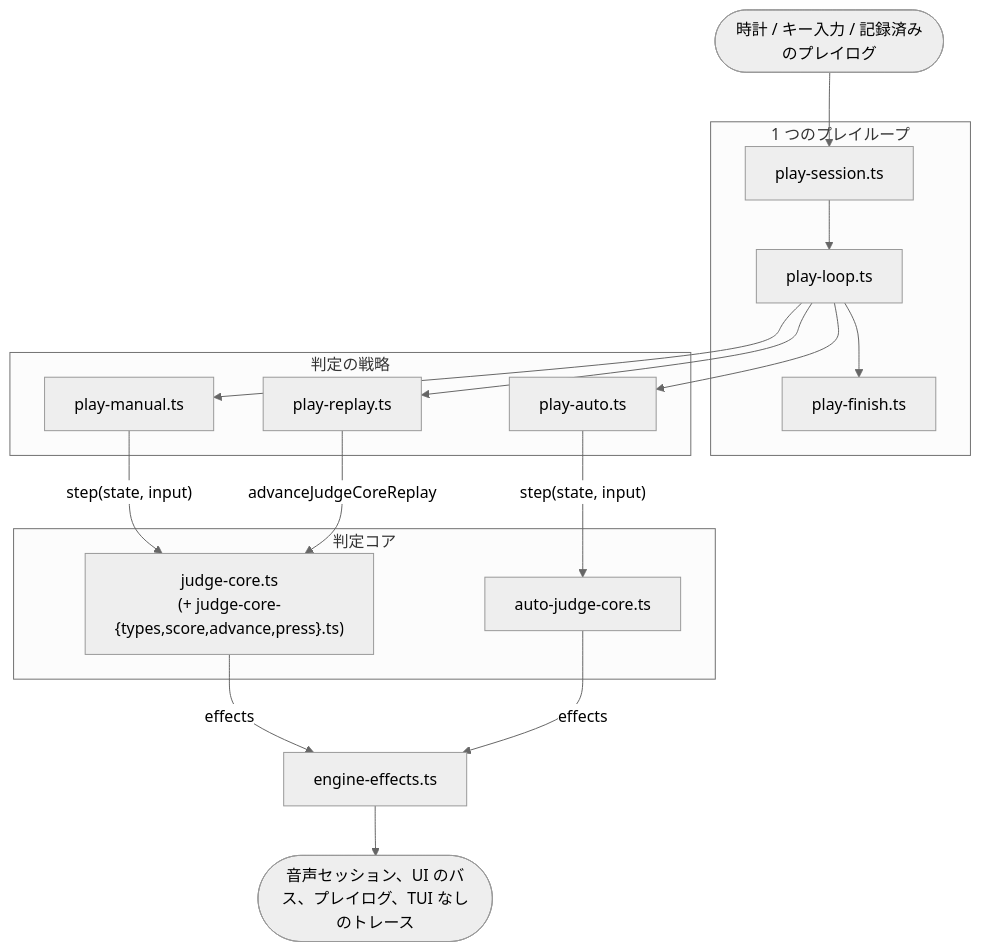
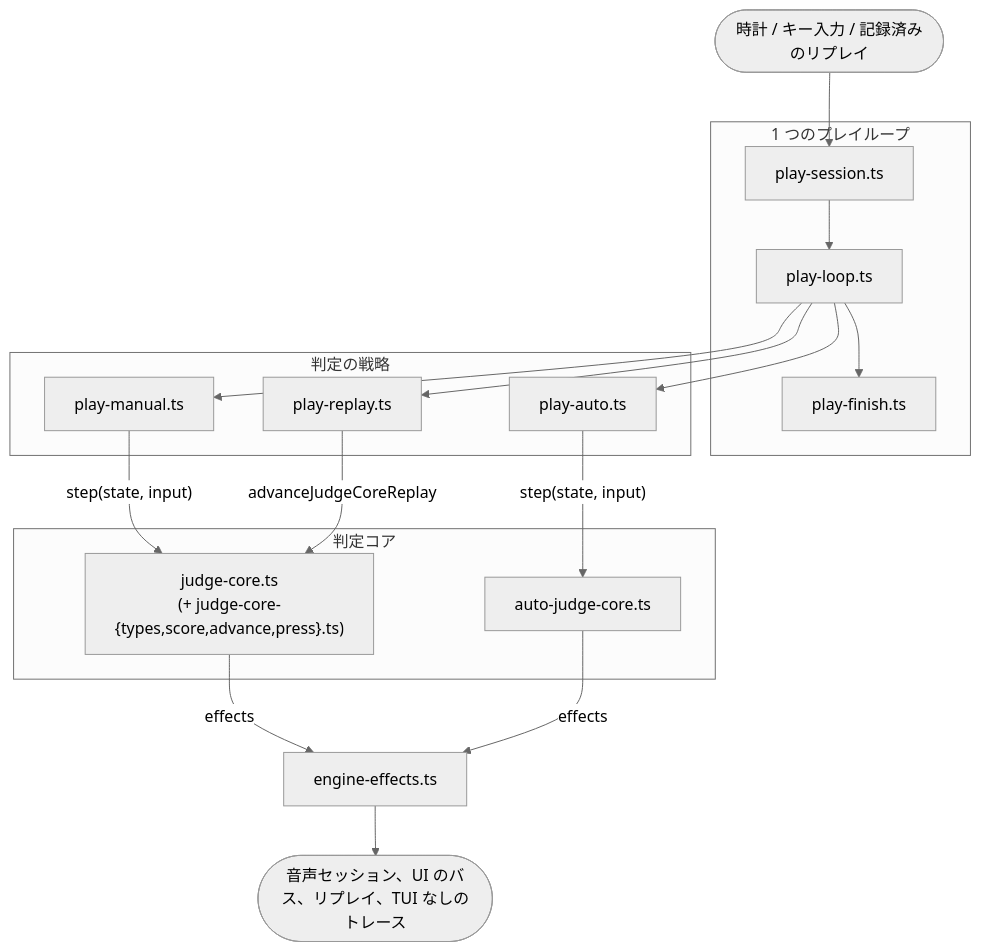
The second of 3 diagrams in docs/architecture.ja.md (nulltask/be-music), drawn with Mermaid (neutral theme) before and after one commit. The commit also changed other lines of this file and 603 other files, not shown here.

Commit message:
refactor: align chart, replay, and judgment terminology

````diff
--- a/docs/architecture.ja.md
+++ b/docs/architecture.ja.md
@@ -101,31 +101,31 @@
 ```mermaid
 flowchart TD
-  inputs(["時計 / キー入力 / 記録済みのプレイログ"])
+  inputs(["時計 / キー入力 / 記録済みのリプレイ"])
   subgraph loop["1 つのプレイループ"]
     session["play-session.ts"]
     run["play-loop.ts"]
     finish["play-finish.ts"]
   end
   subgraph strategies["判定の戦略"]
     manual["play-manual.ts"]
     replay["play-replay.ts"]
     auto["play-auto.ts"]
   end
   subgraph core["判定コア"]
     judge["judge-core.ts<br/>(+ judge-core-{types,score,advance,press}.ts)"]
     autoJudge["auto-judge-core.ts"]
   end
   effects["engine-effects.ts"]
-  host(["音声セッション、UI のバス、プレイログ、TUI なしのトレース"])
+  host(["音声セッション、UI のバス、リプレイ、TUI なしのトレース"])
 
   inputs --> session --> run --> finish
   run --> manual
   run --> replay
   run --> auto
   manual -->|"step(state, input)"| judge
   replay -->|"advanceJudgeCoreReplay"| judge
   auto -->|"step(state, input)"| autoJudge
   judge -->|effects| effects
   autoJudge -->|effects| effects
   effects --> host
 ```
````
